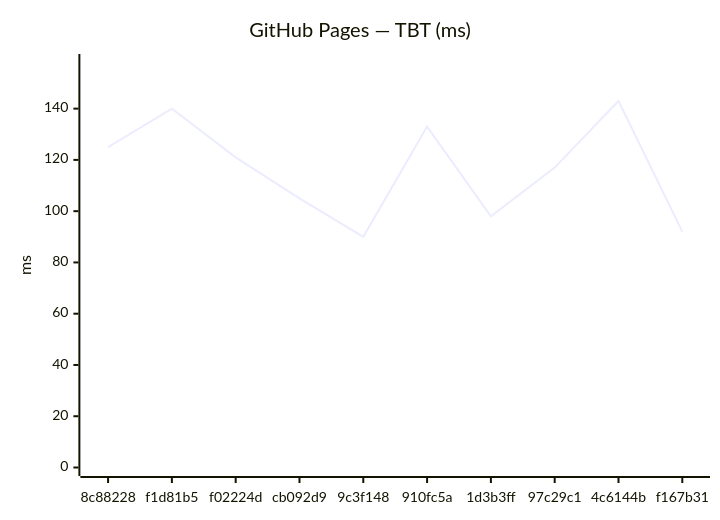
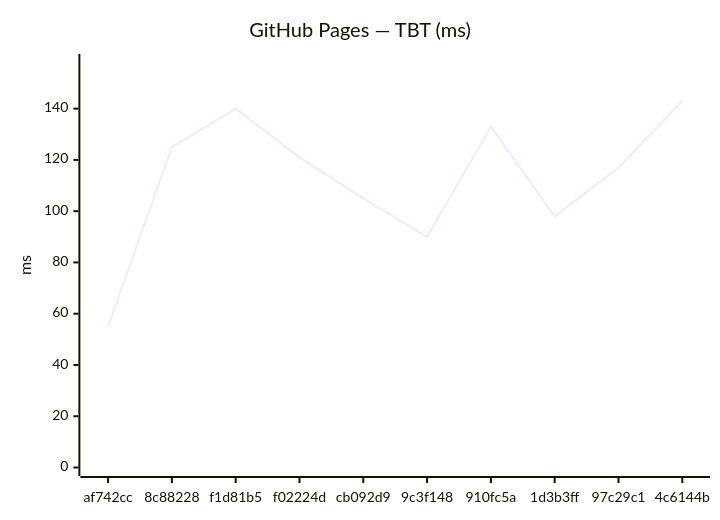
Before and after one commit to Metaheurist/Rianell: the fourth of 18 diagrams in benchmarks/compare.md, drawn with Mermaid. The commit also changed other lines of this file and 12 other files, not shown here.

````diff
--- a/benchmarks/compare.md
+++ b/benchmarks/compare.md
@@ -61,7 +61,7 @@
 ```mermaid
 xychart-beta
     title "GitHub Pages — TBT (ms)"
-    x-axis ["8c88228", "f1d81b5", "f02224d", "cb092d9", "9c3f148", "910fc5a", "1d3b3ff", "97c29c1", "4c6144b", "f167b31"]
+    x-axis ["af742cc", "8c88228", "f1d81b5", "f02224d", "cb092d9", "9c3f148", "910fc5a", "1d3b3ff", "97c29c1", "4c6144b"]
     y-axis "ms" 0 --> 158
-    line [125, 140, 121, 105, 90, 133, 98, 117, 143, 92]
+    line [55, 125, 140, 121, 105, 90, 133, 98, 117, 143]
 ```
````
